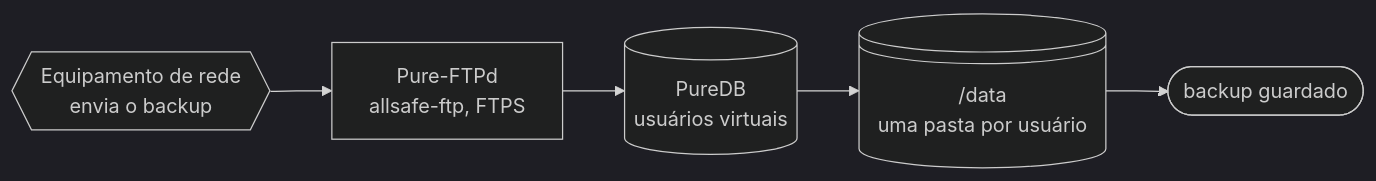
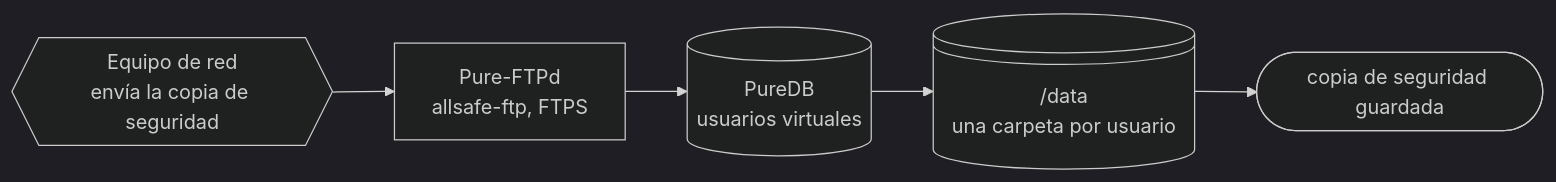
Before and after one commit to CarlosSuporteISP/allsafe-ftp-stack: the diagram in doc/es/README.md, drawn with Mermaid. The commit also changed 66 other files, not shown here.

First line of the commit message:
docs: documentação em espanhol, diagramas e selos dos três idiomas (parte 3)

````diff
--- a/doc/es/README.md
+++ b/doc/es/README.md
@@ -14,11 +14,11 @@
 ```mermaid
 %%{init: {"theme": "dark"}}%%
 flowchart LR
-    equip@{ shape: hex, label: "Equipamento de rede<br>envia o backup" }
+    equip@{ shape: hex, label: "Equipo de red<br>envía la copia de seguridad" }
     ftp@{ shape: rect, label: "Pure-FTPd<br>allsafe-ftp, FTPS" }
-    puredb@{ shape: cyl, label: "PureDB<br>usuários virtuais" }
-    dados@{ shape: lin-cyl, label: "/data<br>uma pasta por usuário" }
-    fim@{ shape: stadium, label: "backup guardado" }
+    puredb@{ shape: cyl, label: "PureDB<br>usuarios virtuales" }
+    dados@{ shape: lin-cyl, label: "/data<br>una carpeta por usuario" }
+    fim@{ shape: stadium, label: "copia de seguridad guardada" }
 
     equip --> ftp --> puredb --> dados --> fim
 ```
````
